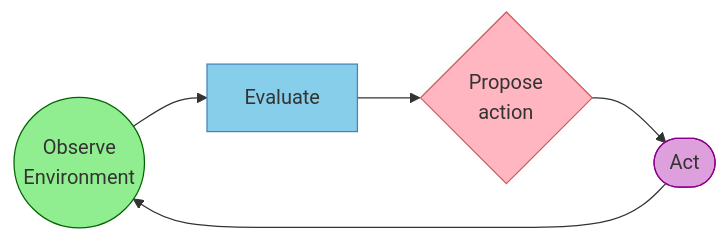
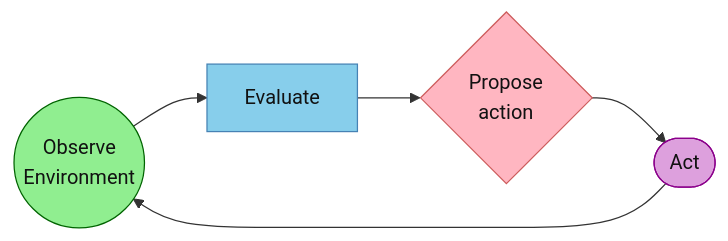
One commit to ianderrington/genai changed the first of 4 diagrams in docs/Understanding/agents/index.md. Above: the diagram before and after it, drawn with Mermaid. The commit also changed other lines of this file and 24 other files, not shown here.

````diff
--- a/docs/Understanding/agents/index.md
+++ b/docs/Understanding/agents/index.md
@@ -37,12 +37,12 @@
     ```mermaid
     graph LR
         A((Observe<br> Environment)):::observe --> B[Evaluate]:::evaluate
         B --> C{Propose<br> action}:::propose
         C --> D([Act]):::act
         D --> A
         
-        classDef observe fill:#90EE90,stroke:#006400
-        classDef evaluate fill:#87CEEB,stroke:#4682B4
-        classDef propose fill:#FFB6C1,stroke:#CD5C5C
-        classDef act fill:#DDA0DD,stroke:#8B008B
+        classDef observe fill:#90EE90,stroke:#006400,color:#111
+        classDef evaluate fill:#87CEEB,stroke:#4682B4,color:#111
+        classDef propose fill:#FFB6C1,stroke:#CD5C5C,color:#111
+        classDef act fill:#DDA0DD,stroke:#8B008B,color:#111
     ```
````
